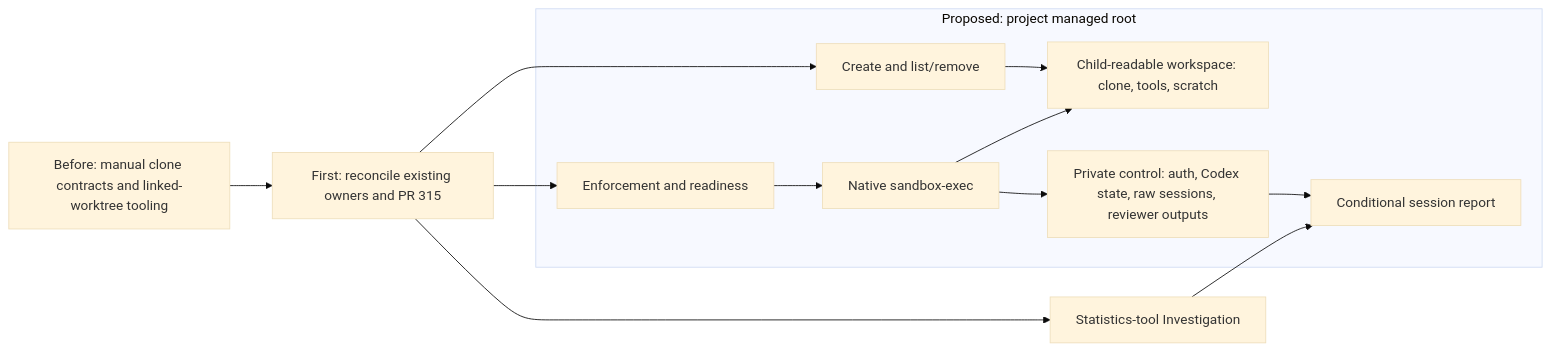
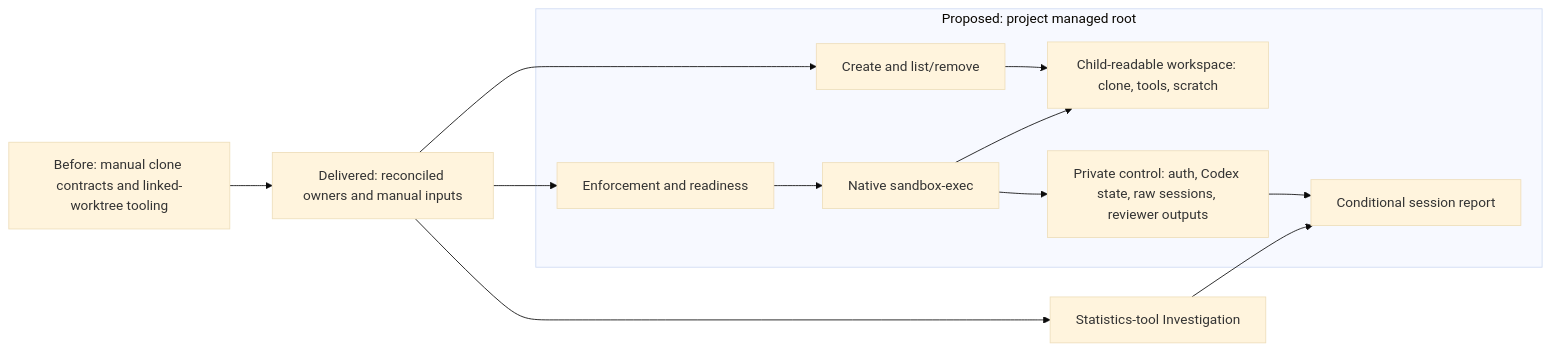
Before and after one commit to msitarz/ataraxia: the diagram in doc/feat/evaluation-sandboxes/README.md, drawn with Mermaid (base theme). The commit also changed other lines of this file and 7 other files, not shown here.

````diff
--- a/doc/feat/evaluation-sandboxes/README.md
+++ b/doc/feat/evaluation-sandboxes/README.md
@@ -23,18 +23,18 @@
 ```mermaid
 flowchart LR
     B[Before: manual clone contracts and linked-worktree tooling]
-    B --> G[First: reconcile existing owners and PR 315]
+    B --> G[Delivered: reconciled owners and manual inputs]
     subgraph Proposed[Proposed: project managed root]
         W[Child-readable workspace: clone, tools, scratch]
         P[Private control: auth, Codex state, raw sessions, reviewer outputs]
         C[Create and list/remove] --> W
         E[Enforcement and readiness] --> X[Native sandbox-exec]
         X --> W
         X --> P
         P --> R[Conditional session report]
     end
     G --> C
     G --> E
     G --> I[Statistics-tool Investigation]
     I --> R
 ```
````
